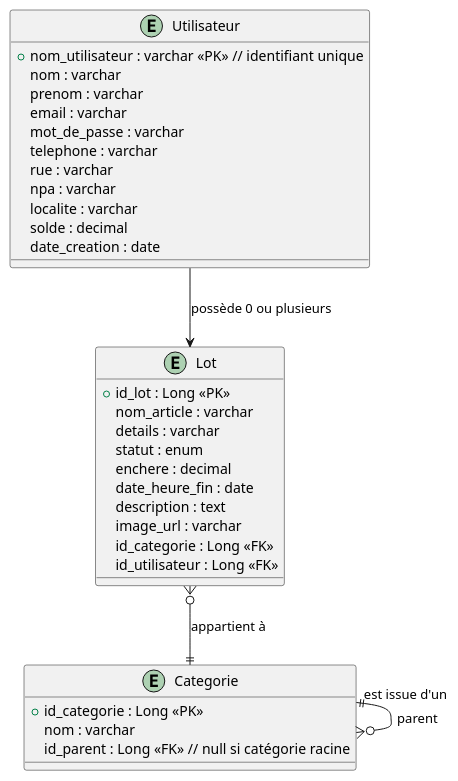
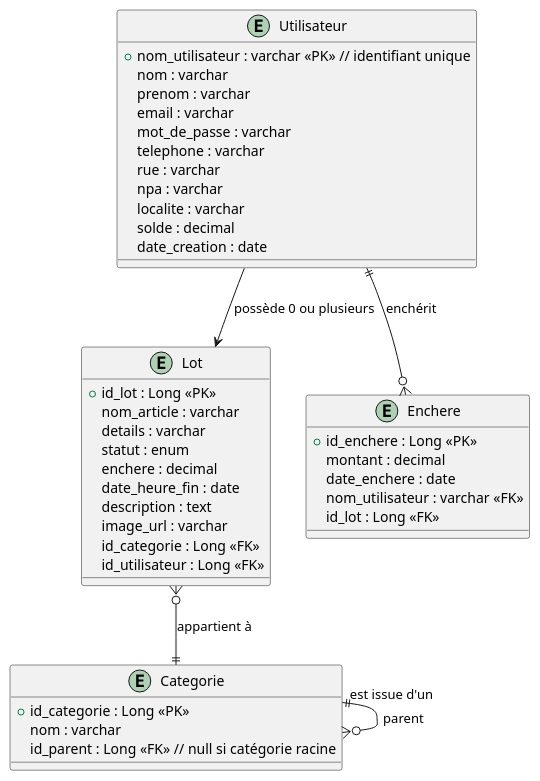
Before and after one commit to ETML-ES-LABEFE-SAM-YOAN/BACKEND: the diagram in docs/mdl.puml, drawn with PlantUML. The commit also changed 2 other files, not shown here.

```diff
--- a/docs/mdl.puml
+++ b/docs/mdl.puml
@@ -1,38 +1,48 @@
 @startuml
 entity Lot {
   + id_lot : Long <<PK>>
   nom_article : varchar
   details : varchar
   statut : enum
   enchere : decimal
   date_heure_fin : date
   description : text
   image_url : varchar
   id_categorie : Long <<FK>>
   id_utilisateur : Long «FK»
 }
 
 entity Utilisateur {
     + nom_utilisateur : varchar <<PK>> // identifiant unique
     nom : varchar
     prenom : varchar
     email : varchar
     mot_de_passe : varchar
     telephone : varchar
     rue : varchar
     npa : varchar
     localite : varchar
     solde : decimal
     date_creation : date
 }
 
 entity Categorie {
   + id_categorie : Long <<PK>>
   nom : varchar
   id_parent : Long <<FK>> // null si catégorie racine
 }
 
+entity Enchere {
+    + id_enchere : Long <<PK>>
+    montant : decimal
+    date_enchere : date
+    nom_utilisateur : varchar <<FK>>
+    id_lot : Long <<FK>>
+}
+
 Utilisateur --> Lot : "possède 0 ou plusieurs"
 Lot }o--|| Categorie : "appartient à"
 Categorie ||--o{ Categorie : "est issue d'un" (parent)
+Utilisateur ||--o{ Enchere : "enchérit"
+
 @enduml
```
